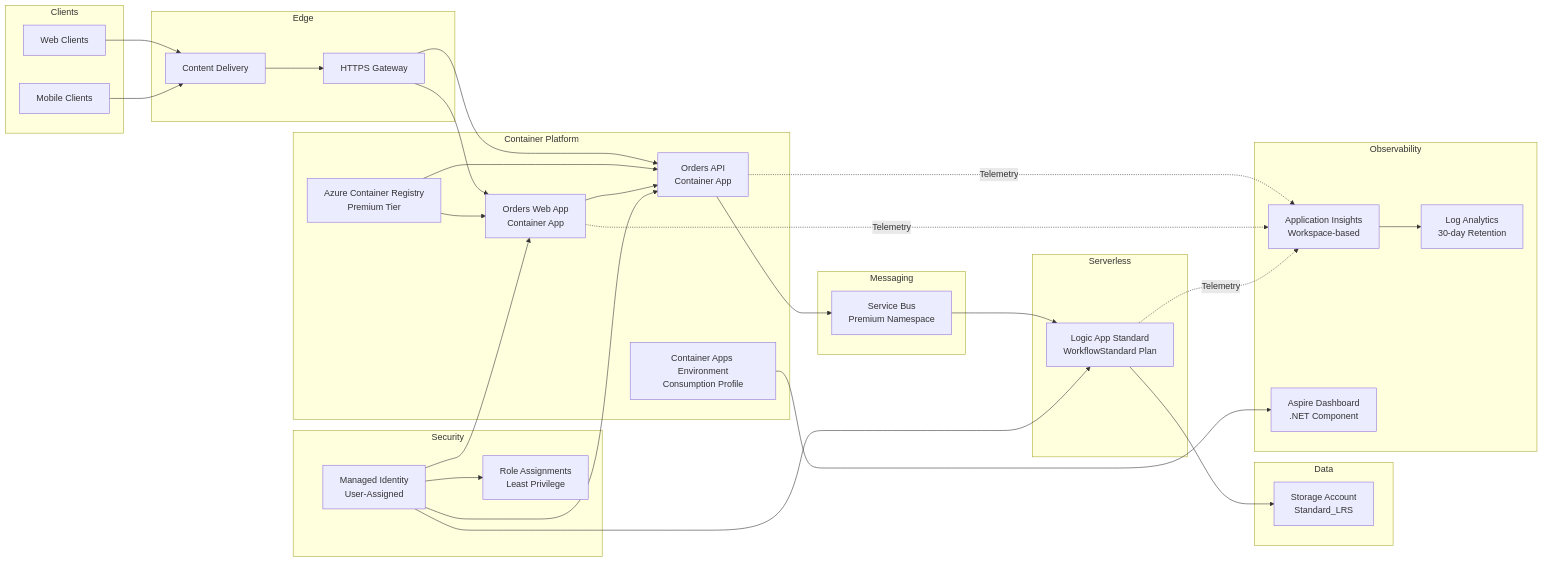
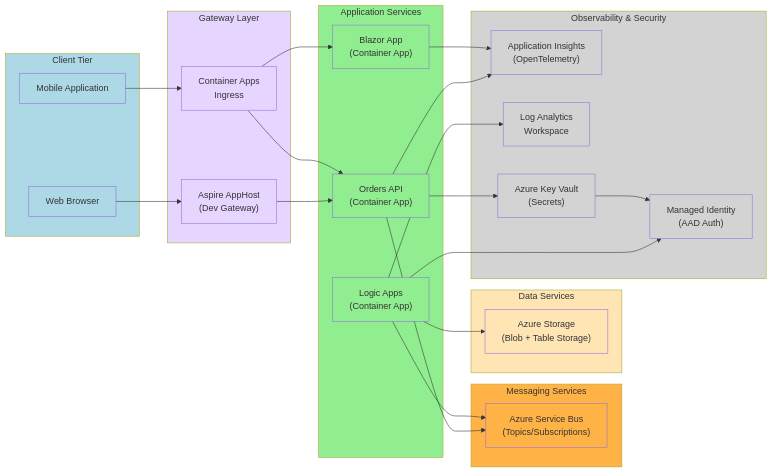
One commit to Evilazaro/Azure-LogicApps-Monitoring changed the ninth of 12 diagrams in README.md. Above: the diagram before and after it, drawn with Mermaid. The commit also changed other lines of this file and 1 other file, not shown here.

````diff
--- a/README.md
+++ b/README.md
@@ -76,67 +668,72 @@
 ```mermaid
 flowchart LR
-    subgraph Clients
-        WEB[Web Clients]
-        MOB[Mobile Clients]
+    subgraph Clients["Client Tier"]
+        Browser["Web Browser"]
+        MobileApp["Mobile Application"]
     end
     
-    subgraph Edge
-        CDN[Content Delivery]
-        GW[HTTPS Gateway]
+    subgraph Gateway["Gateway Layer"]
+        AspireHost["Aspire AppHost<br/>(Dev Gateway)"]
+        ContainerAppsIngress["Container Apps<br/>Ingress"]
     end
     
-    subgraph Container Platform
-        ACR[Azure Container Registry<br/>Premium Tier]
-        CAE[Container Apps Environment<br/>Consumption Profile]
-        API_APP[Orders API<br/>Container App]
-        WEB_APP[Orders Web App<br/>Container App]
+    subgraph ApplicationServices["Application Services"]
+        OrdersAPIContainer["Orders API<br/>(Container App)"]
+        BlazorAppContainer["Blazor App<br/>(Container App)"]
+        LogicAppsContainer["Logic Apps<br/>(Container App)"]
     end
     
-    subgraph Serverless
-        LA[Logic App Standard<br/>WorkflowStandard Plan]
+    subgraph MessagingServices["Messaging Services"]
+        ServiceBus["Azure Service Bus<br/>(Topics/Subscriptions)"]
     end
     
-    subgraph Messaging
-        SB[Service Bus<br/>Premium Namespace]
+    subgraph DataServices["Data Services"]
+        StorageAccount["Azure Storage<br/>(Blob + Table Storage)"]
     end
     
-    subgraph Data
-        SA[Storage Account<br/>Standard_LRS]
+    subgraph ObservabilityServices["Observability & Security"]
+        AppInsights["Application Insights<br/>(OpenTelemetry)"]
+        LogAnalytics["Log Analytics<br/>Workspace"]
+        KeyVault["Azure Key Vault<br/>(Secrets)"]
+        ManagedIdentity["Managed Identity<br/>(AAD Auth)"]
     end
     
-    subgraph Observability
-        AI[Application Insights<br/>Workspace-based]
-        LAW[Log Analytics<br/>30-day Retention]
-        ASP[Aspire Dashboard<br/>.NET Component]
-    end
+    Browser --> AspireHost
+    MobileApp --> ContainerAppsIngress
+    AspireHost --> OrdersAPIContainer
+    ContainerAppsIngress --> OrdersAPIContainer
+    ContainerAppsIngress --> BlazorAppContainer
     
-    subgraph Security
-        MI[Managed Identity<br/>User-Assigned]
-        RBAC[Role Assignments<br/>Least Privilege]
-    end
+    OrdersAPIContainer --> ServiceBus
+    LogicAppsContainer --> ServiceBus
     
-    WEB --> CDN
-    MOB --> CDN
-    CDN --> GW
-    GW --> API_APP
-    GW --> WEB_APP
+    LogicAppsContainer --> StorageAccount
     
-    ACR --> API_APP
-    ACR --> WEB_APP
-    API_APP --> SB
-    WEB_APP --> API_APP
-    SB --> LA
-    LA --> SA
+    OrdersAPIContainer --> AppInsights
+    BlazorAppContainer --> AppInsights
+    LogicAppsContainer --> LogAnalytics
     
-    API_APP -.->|Telemetry| AI
-    WEB_APP -.->|Telemetry| AI
-    LA -.->|Telemetry| AI
-    AI --> LAW
+    OrdersAPIContainer --> KeyVault
+    LogicAppsContainer --> ManagedIdentity
+    KeyVault --> ManagedIdentity
     
-    CAE --> ASP
-    
-    MI --> API_APP
-    MI --> WEB_APP
-    MI --> LA
-    MI --> RBAC
+    style Clients fill:#ADD8E6
+    style Gateway fill:#E6D5FF
+    style ApplicationServices fill:#90EE90
+    style MessagingServices fill:#FFB347
+    style DataServices fill:#FFE5B4
+    style ObservabilityServices fill:#D3D3D3
+    style Browser fill:#ADD8E6
+    style MobileApp fill:#ADD8E6
+    style AspireHost fill:#E6D5FF
+    style ContainerAppsIngress fill:#E6D5FF
+    style OrdersAPIContainer fill:#90EE90
+    style BlazorAppContainer fill:#90EE90
+    style LogicAppsContainer fill:#90EE90
+    style ServiceBus fill:#FFB347
+    style StorageAccount fill:#FFE5B4
+    style AppInsights fill:#D3D3D3
+    style LogAnalytics fill:#D3D3D3
+    style KeyVault fill:#D3D3D3
+    style ManagedIdentity fill:#D3D3D3
 ```
````
